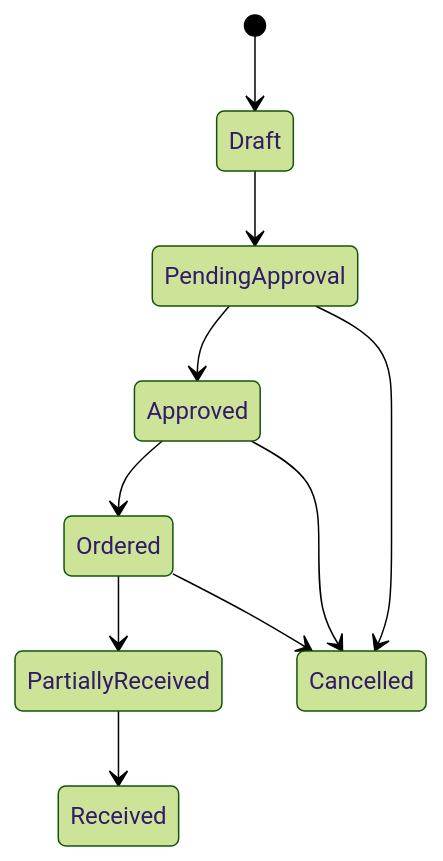
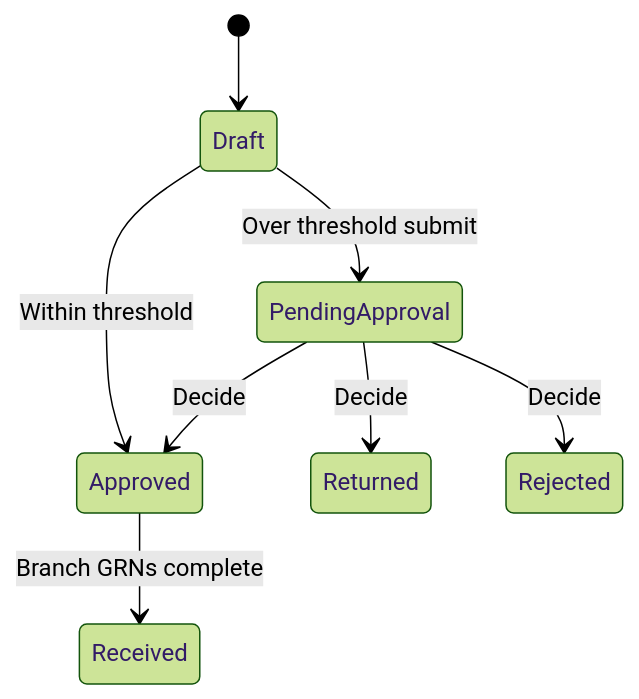
Before and after one commit to Aurifex-Innovations/ERP_docs: the tenth of 10 diagrams in v0_final_docs/purchase-order-management.md, drawn with Mermaid (forest theme). The commit also changed other lines of this file, not shown here.

````diff
--- a/v0_final_docs/purchase-order-management.md
+++ b/v0_final_docs/purchase-order-management.md
@@ -560,12 +537,10 @@
 ```mermaid
 stateDiagram-v2
   [*] --> Draft
-  Draft --> PendingApproval
-  PendingApproval --> Approved
-  Approved --> Ordered
-  Ordered --> PartiallyReceived
-  PartiallyReceived --> Received
-  PendingApproval --> Cancelled
-  Approved --> Cancelled
-  Ordered --> Cancelled
+  Draft --> PendingApproval: Over threshold submit
+  Draft --> Approved: Within threshold
+  PendingApproval --> Approved: Decide
+  PendingApproval --> Returned: Decide
+  PendingApproval --> Rejected: Decide
+  Approved --> Received: Branch GRNs complete
 ```
````
